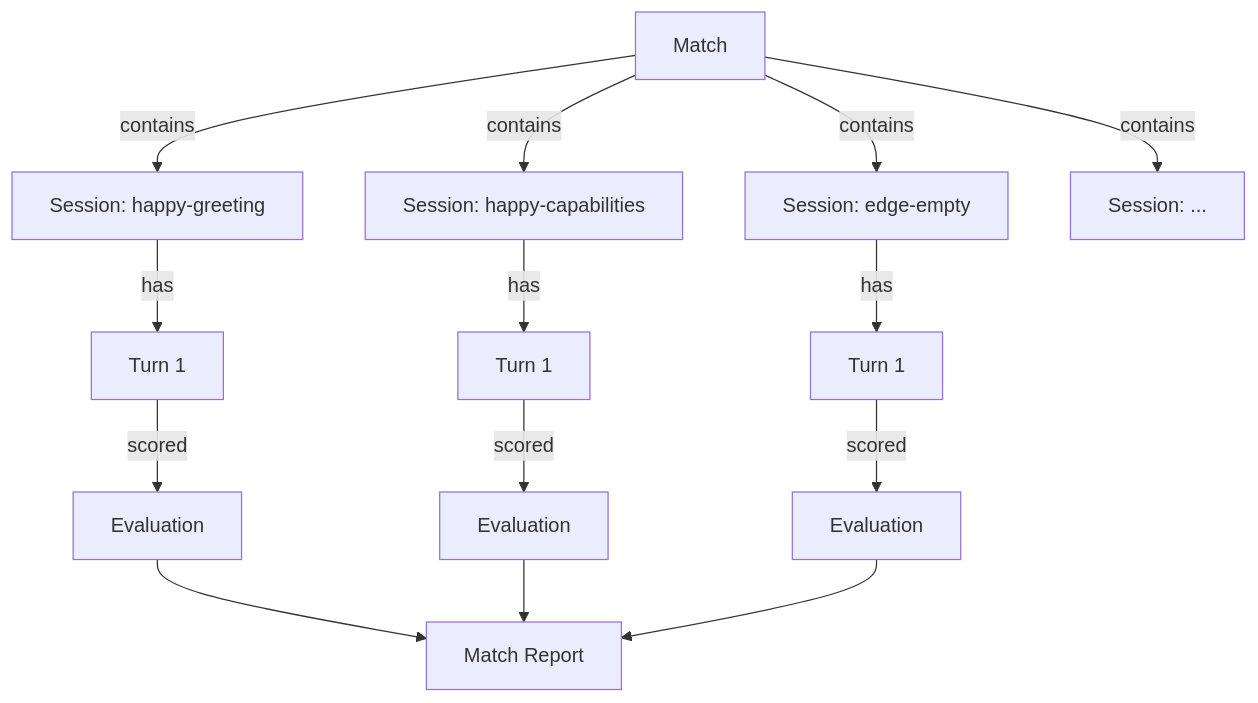
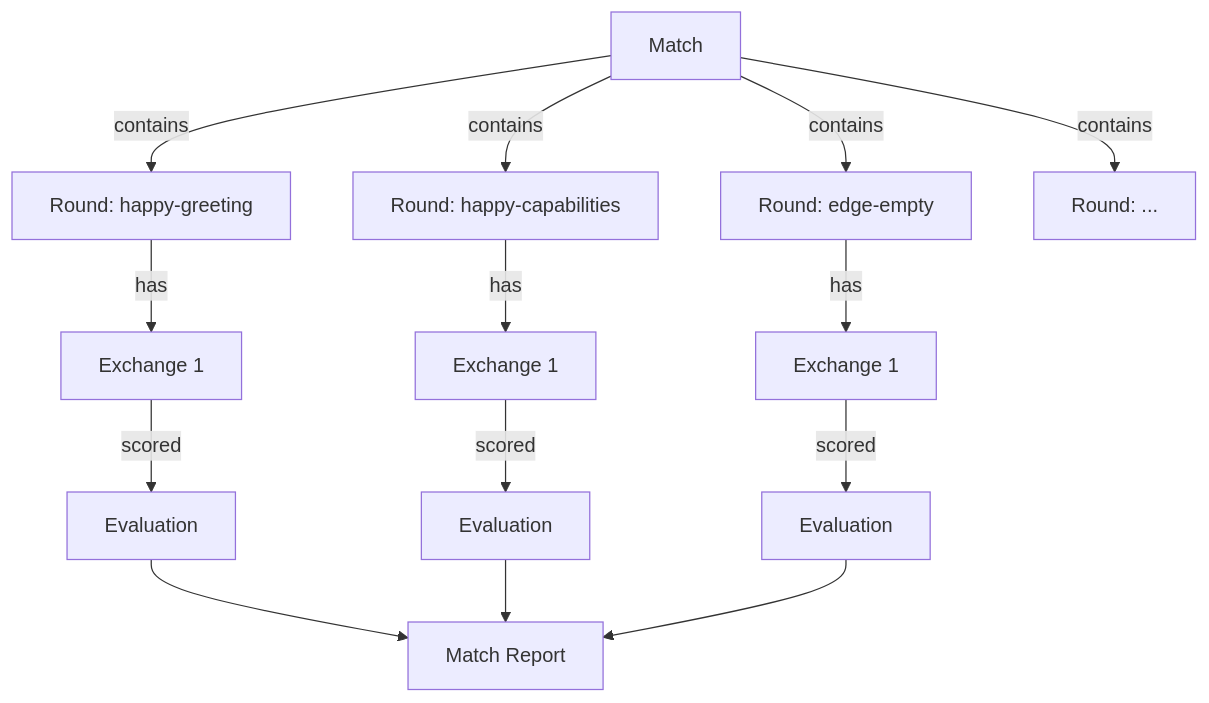
Before and after one commit to duonghaijoe/eval-kai: the third of 6 diagrams in docs/PRD.md, drawn with Mermaid. The commit also changed other lines of this file and 22 other files, not shown here.

````diff
--- a/docs/PRD.md
+++ b/docs/PRD.md
@@ -106,19 +124,19 @@
 ```mermaid
 flowchart TD
-    M[Match] -->|contains| S1[Session: happy-greeting]
-    M -->|contains| S2[Session: happy-capabilities]
-    M -->|contains| S3[Session: edge-empty]
-    M -->|contains| SN[Session: ...]
+    M[Match] -->|contains| S1[Round: happy-greeting]
+    M -->|contains| S2[Round: happy-capabilities]
+    M -->|contains| S3[Round: edge-empty]
+    M -->|contains| SN[Round: ...]
 
-    S1 -->|has| T1[Turn 1]
-    S2 -->|has| T2[Turn 1]
-    S3 -->|has| T3[Turn 1]
+    S1 -->|has| T1[Exchange 1]
+    S2 -->|has| T2[Exchange 1]
+    S3 -->|has| T3[Exchange 1]
 
     T1 -->|scored| E1[Evaluation]
     T2 -->|scored| E2[Evaluation]
     T3 -->|scored| E3[Evaluation]
 
     E1 --> R[Match Report]
     E2 --> R
     E3 --> R
 ```
````
